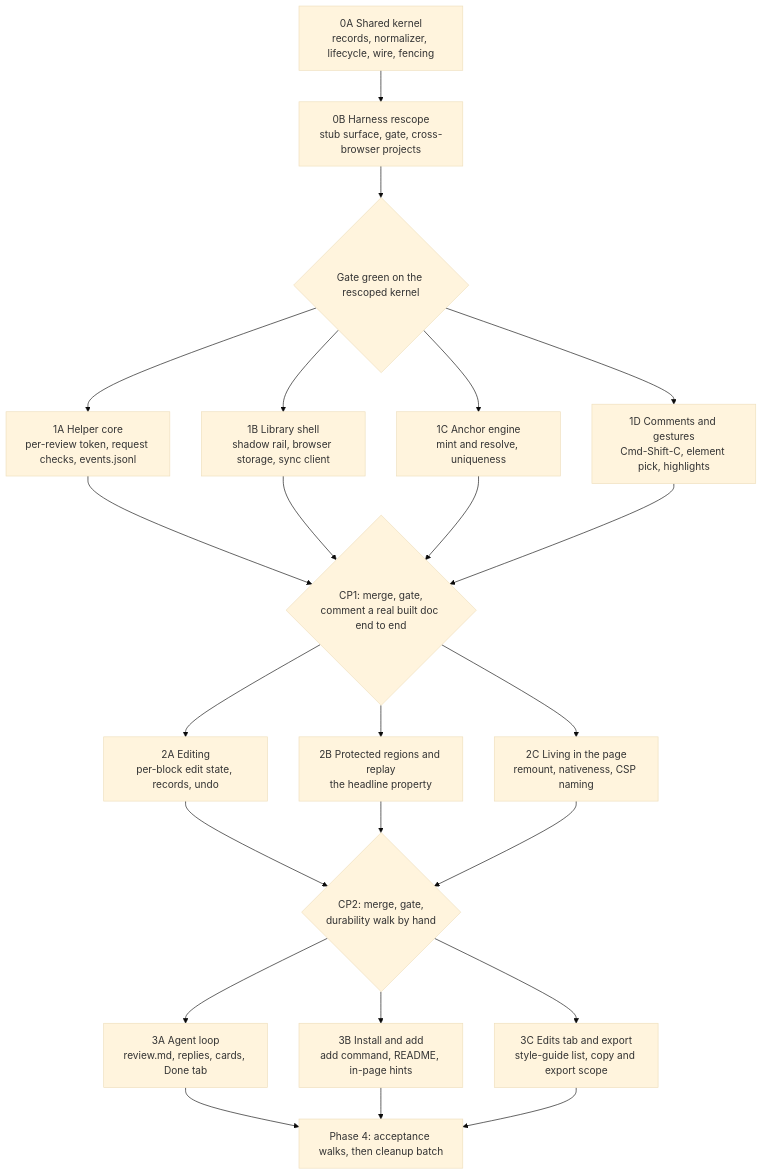
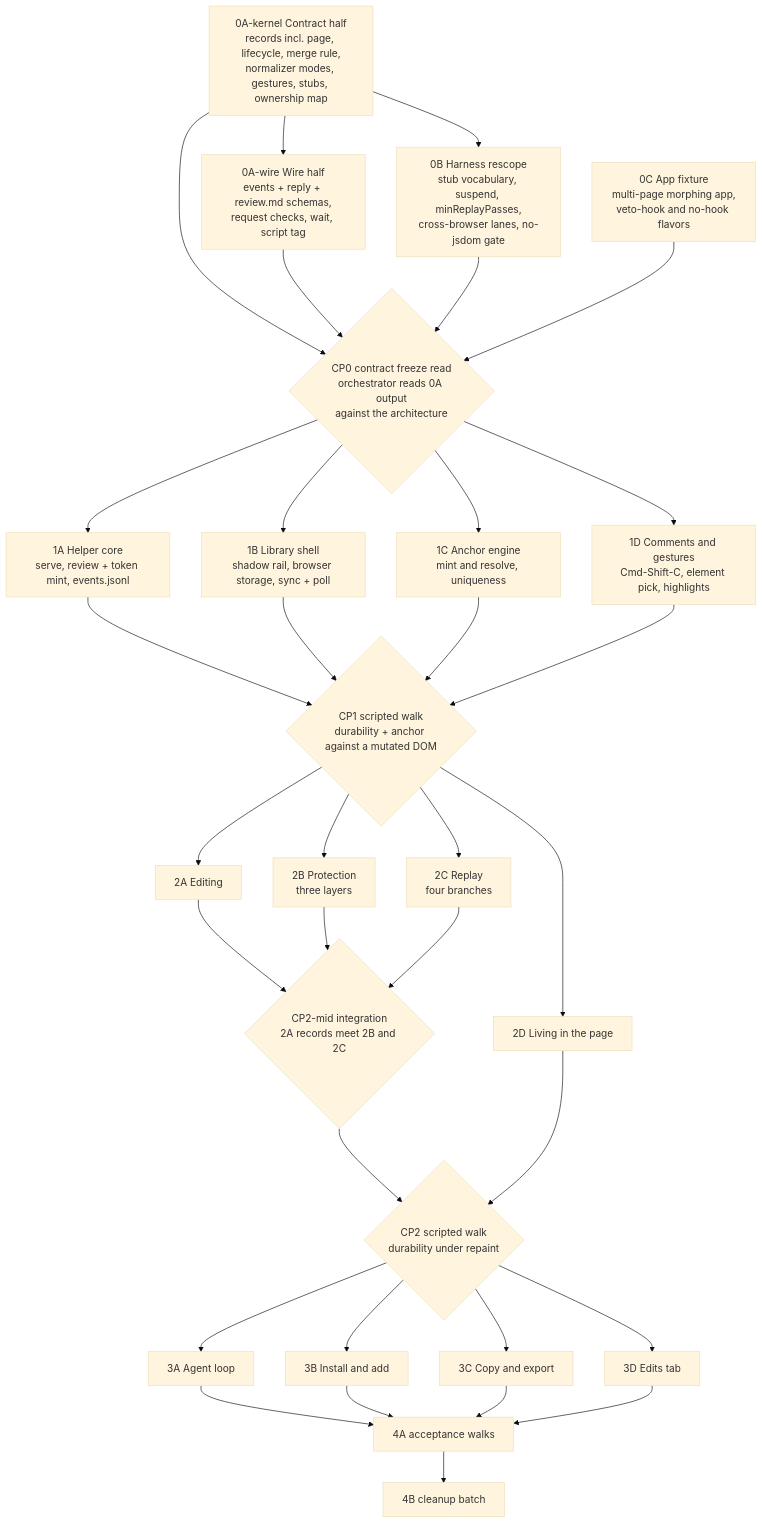
The diagram in docs/features/20260812.01_live_agentic_html_editor/03_plan_live_agentic_html_editor.md (kenxle/live-agentic-html-editor), drawn with Mermaid (base theme) before and after one commit. The commit also changed other lines of this file and 2 other files, not shown here.

Commit message:
Plan v2 revised per three reviews (18 tasks, CP0 contract freeze, one-owner tests); second-window honesty in D5

````diff
--- a/docs/features/20260812.01_live_agentic_html_editor/03_plan_live_agentic_html_editor.md
+++ b/docs/features/20260812.01_live_agentic_html_editor/03_plan_live_agentic_html_editor.md
@@ -25,20 +32,31 @@
 ```mermaid
 flowchart TD
-    P0A["0A Shared kernel<br/>records, normalizer, lifecycle, wire, fencing"]
-    P0B["0B Harness rescope<br/>stub surface, gate, cross-browser projects"]
-    P0A --> P0B
-    P0B --> CPA{"Gate green on the rescoped kernel"}
-    CPA --> A["1A Helper core<br/>per-review token, request checks, events.jsonl"]
-    CPA --> B["1B Library shell<br/>shadow rail, browser storage, sync client"]
-    CPA --> C["1C Anchor engine<br/>mint and resolve, uniqueness"]
-    CPA --> D["1D Comments and gestures<br/>Cmd-Shift-C, element pick, highlights"]
-    A & B & C & D --> CP1{"CP1: merge, gate,<br/>comment a real built doc end to end"}
-    CP1 --> E["2A Editing<br/>per-block edit state, records, undo"]
-    CP1 --> F["2B Protected regions and replay<br/>the headline property"]
-    CP1 --> G["2C Living in the page<br/>remount, nativeness, CSP naming"]
-    E & F & G --> CP2{"CP2: merge, gate,<br/>durability walk by hand"}
-    CP2 --> H["3A Agent loop<br/>review.md, replies, cards, Done tab"]
-    CP2 --> I["3B Install and add<br/>add command, README, in-page hints"]
-    CP2 --> J["3C Edits tab and export<br/>style-guide list, copy and export scope"]
-    H & I & J --> P4["Phase 4: acceptance walks, then cleanup batch"]
+    K["0A-kernel Contract half<br/>records incl. page, lifecycle, merge rule,<br/>normalizer modes, gestures, stubs, ownership map"]
+    W["0A-wire Wire half<br/>events + reply + review.md schemas,<br/>request checks, wait, script tag"]
+    B["0B Harness rescope<br/>stub vocabulary, suspend, minReplayPasses,<br/>cross-browser lanes, no-jsdom gate"]
+    C["0C App fixture<br/>multi-page morphing app,<br/>veto-hook and no-hook flavors"]
+    K --> W
+    K --> B
+    K --> CP0
+    W --> CP0{"CP0 contract freeze read<br/>orchestrator reads 0A output<br/>against the architecture"}
+    B --> CP0
+    C --> CP0
+    CP0 --> A1["1A Helper core<br/>serve, review + token mint, events.jsonl"]
+    CP0 --> B1["1B Library shell<br/>shadow rail, browser storage, sync + poll"]
+    CP0 --> C1["1C Anchor engine<br/>mint and resolve, uniqueness"]
+    CP0 --> D1["1D Comments and gestures<br/>Cmd-Shift-C, element pick, highlights"]
+    A1 & B1 & C1 & D1 --> CP1{"CP1 scripted walk<br/>durability + anchor against a mutated DOM"}
+    CP1 --> A2["2A Editing"]
+    CP1 --> B2["2B Protection<br/>three layers"]
+    CP1 --> C2["2C Replay<br/>four branches"]
+    CP1 --> D2["2D Living in the page"]
+    A2 & B2 & C2 --> MID{"CP2-mid integration<br/>2A records meet 2B and 2C"}
+    MID --> CP2
+    D2 --> CP2{"CP2 scripted walk<br/>durability under repaint"}
+    CP2 --> A3["3A Agent loop"]
+    CP2 --> B3["3B Install and add"]
+    CP2 --> C3["3C Copy and export"]
+    CP2 --> D3["3D Edits tab"]
+    A3 & B3 & C3 & D3 --> P4["4A acceptance walks"]
+    P4 --> P4B["4B cleanup batch"]
 ```
````
